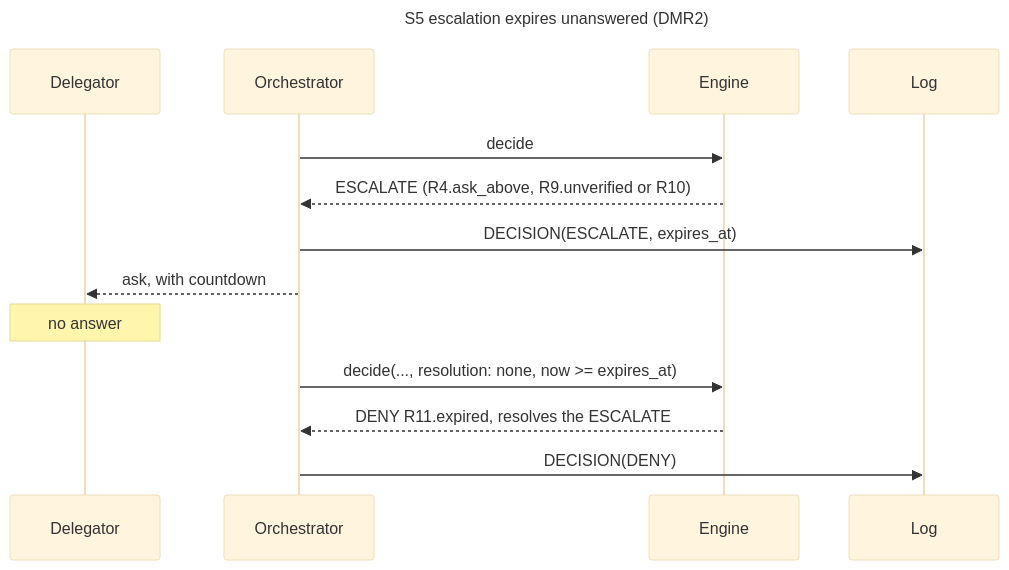
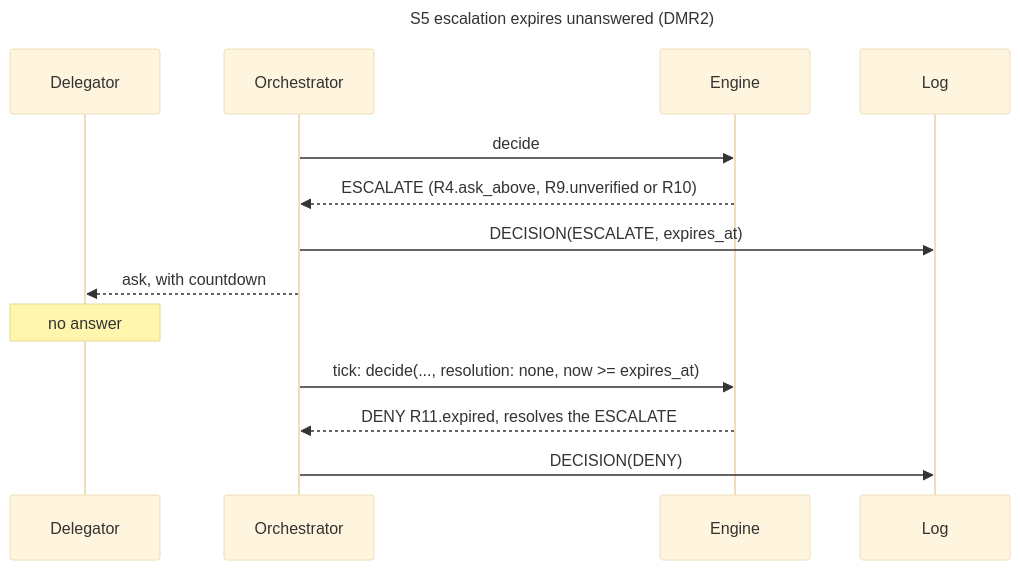
The ninth of 10 diagrams in docs/02-architecture.md (Leocthl/wally), drawn with Mermaid (base theme) before and after one commit. The commit also changed other lines of this file, not shown here.

Commit message:
docs: architecture in line with the orchestrator, executor, verifier step 9, two local models and on-device mode

````diff
--- a/docs/02-architecture.md
+++ b/docs/02-architecture.md
@@ -167,16 +188,16 @@
 ```mermaid
 sequenceDiagram
   title S5 escalation expires unanswered (DMR2)
   participant D as Delegator
   participant O as Orchestrator
   participant E as Engine
   participant L as Log
   O->>E: decide
   E-->>O: ESCALATE (R4.ask_above, R9.unverified or R10)
   O->>L: DECISION(ESCALATE, expires_at)
   O-->>D: ask, with countdown
   Note over D: no answer
-  O->>E: decide(..., resolution: none, now >= expires_at)
+  O->>E: tick: decide(..., resolution: none, now >= expires_at)
   E-->>O: DENY R11.expired, resolves the ESCALATE
   O->>L: DECISION(DENY)
 ```
````
